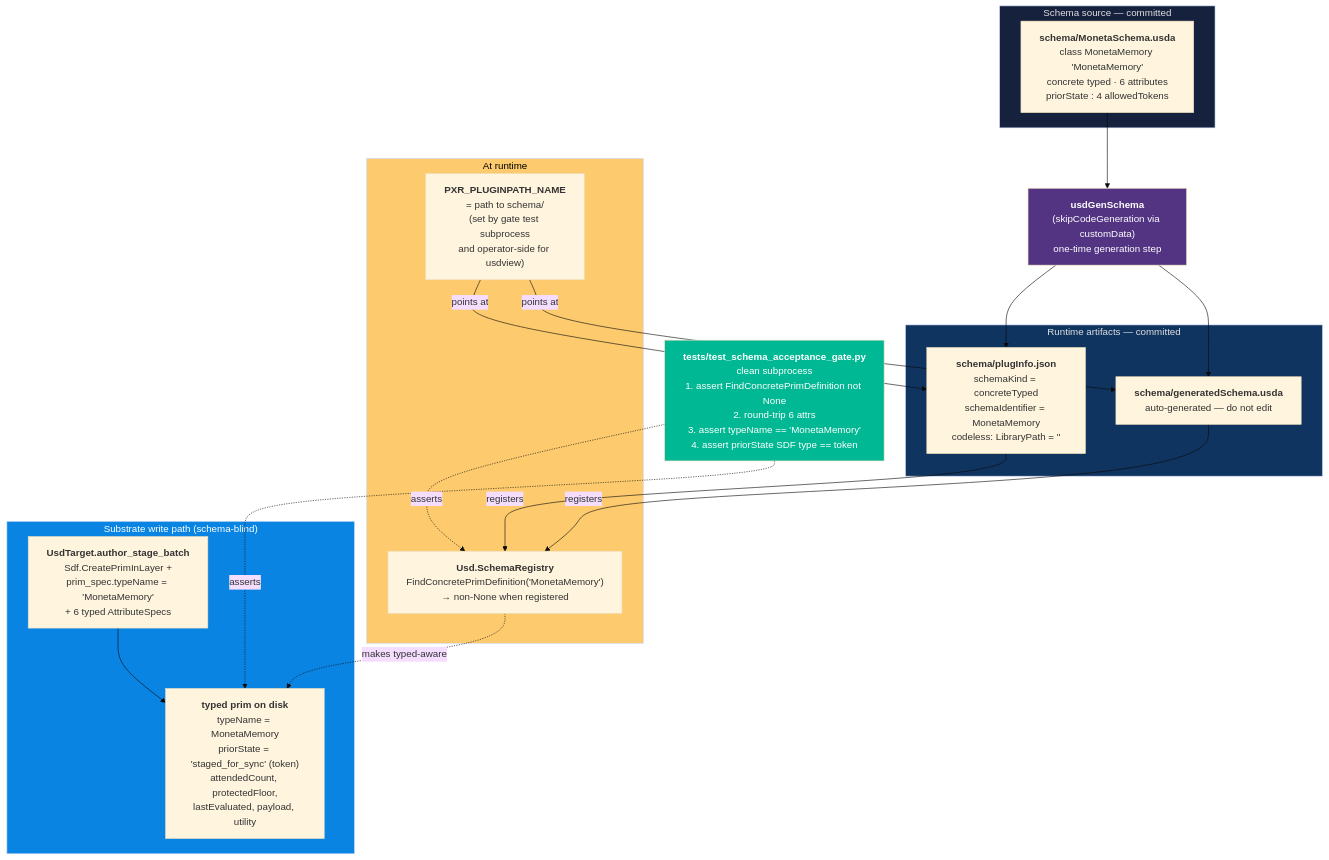
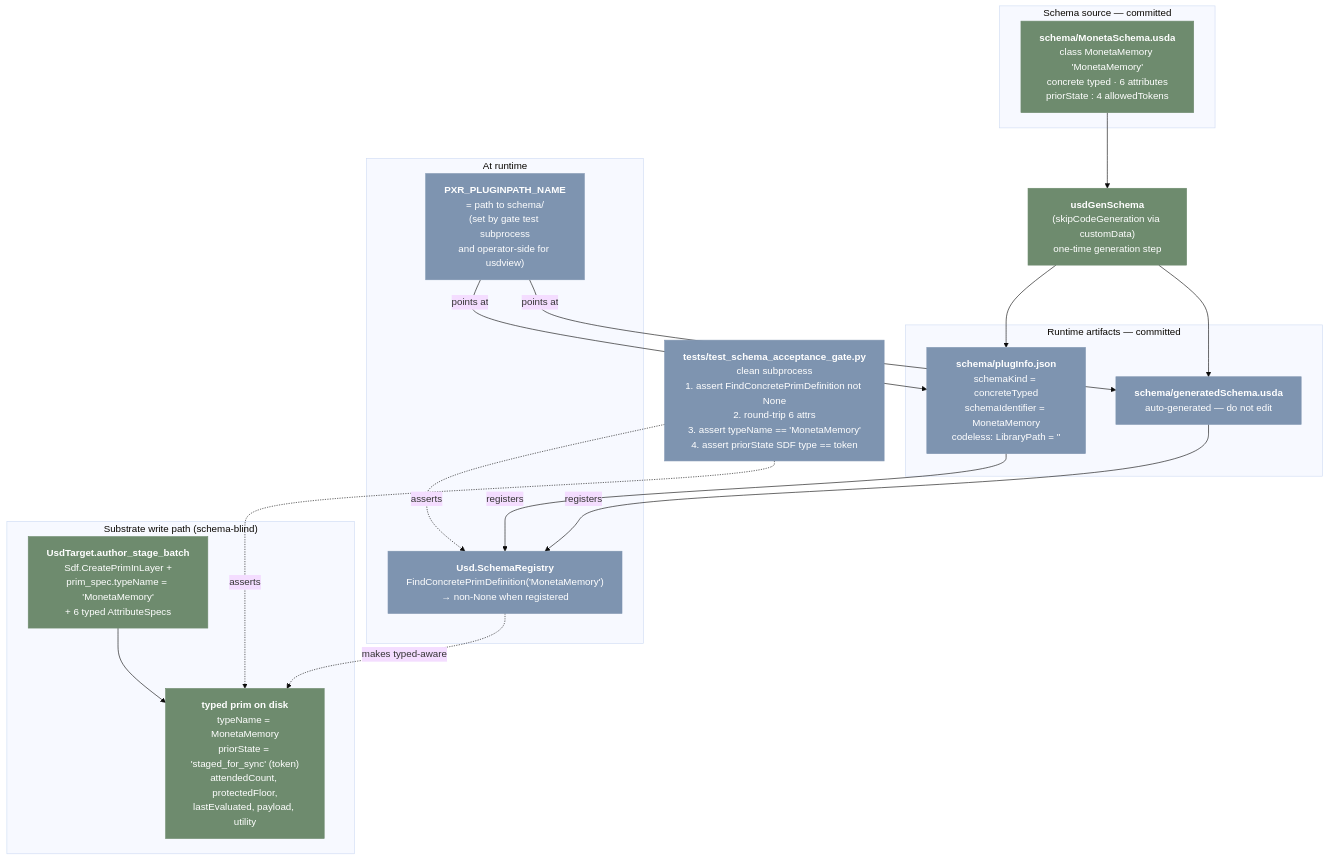
Before and after one commit to JosephOIbrahim/Moneta: the seventh of 8 diagrams in README.md, drawn with Mermaid (base theme). The commit also changed other lines of this file and 1 other file, not shown here.

````diff
--- a/README.md
+++ b/README.md
@@ -378,44 +384,43 @@
 ```mermaid
 graph TB
     subgraph source["Schema source — committed"]
         SchemaUsda["<b>schema/MonetaSchema.usda</b><br/>class MonetaMemory 'MonetaMemory'<br/>concrete typed · 6 attributes<br/>priorState : 4 allowedTokens"]
     end
 
     UsdGen["<b>usdGenSchema</b><br/>(skipCodeGeneration via customData)<br/>one-time generation step"]
 
     subgraph generated["Runtime artifacts — committed"]
         PlugInfo["<b>schema/plugInfo.json</b><br/>schemaKind = concreteTyped<br/>schemaIdentifier = MonetaMemory<br/>codeless: LibraryPath = ''"]
         GenSchema["<b>schema/generatedSchema.usda</b><br/>auto-generated — do not edit"]
     end
 
     subgraph runtime["At runtime"]
         EnvVar["<b>PXR_PLUGINPATH_NAME</b><br/>= path to schema/<br/>(set by gate test subprocess<br/>and operator-side for usdview)"]
         Registry["<b>Usd.SchemaRegistry</b><br/>FindConcretePrimDefinition('MonetaMemory')<br/>→ non-None when registered"]
     end
 
     subgraph write["Substrate write path (schema-blind)"]
         UsdTarget["<b>UsdTarget.author_stage_batch</b><br/>Sdf.CreatePrimInLayer +<br/>prim_spec.typeName = 'MonetaMemory'<br/>+ 6 typed AttributeSpecs"]
         TypedPrim["<b>typed prim on disk</b><br/>typeName = MonetaMemory<br/>priorState = 'staged_for_sync' (token)<br/>attendedCount, protectedFloor,<br/>lastEvaluated, payload, utility"]
     end
 
     Gate["<b>tests/test_schema_acceptance_gate.py</b><br/>clean subprocess<br/>1. assert FindConcretePrimDefinition not None<br/>2. round-trip 6 attrs<br/>3. assert typeName == 'MonetaMemory'<br/>4. assert priorState SDF type == token"]
 
     SchemaUsda --> UsdGen
     UsdGen --> PlugInfo
     UsdGen --> GenSchema
     EnvVar -->|points at| PlugInfo
     EnvVar -->|points at| GenSchema
     PlugInfo -->|registers| Registry
     GenSchema -->|registers| Registry
     UsdTarget --> TypedPrim
     Registry -.makes typed-aware.-> TypedPrim
     Gate -.asserts.-> Registry
     Gate -.asserts.-> TypedPrim
 
-    style source fill:#16213e,color:#e0e0e0
-    style generated fill:#0f3460,color:#e0e0e0
-    style runtime fill:#fdcb6e,color:#000
-    style write fill:#0984e3,color:#fff
-    style Gate fill:#00b894,color:#fff
-    style UsdGen fill:#533483,color:#fff
+    classDef green fill:#6E8B6E,color:#fff,stroke:#6E8B6E
+    classDef blue fill:#7E94B0,color:#fff,stroke:#7E94B0
+
+    class SchemaUsda,UsdGen,UsdTarget,TypedPrim green
+    class PlugInfo,GenSchema,EnvVar,Registry,Gate blue
 ```
````
